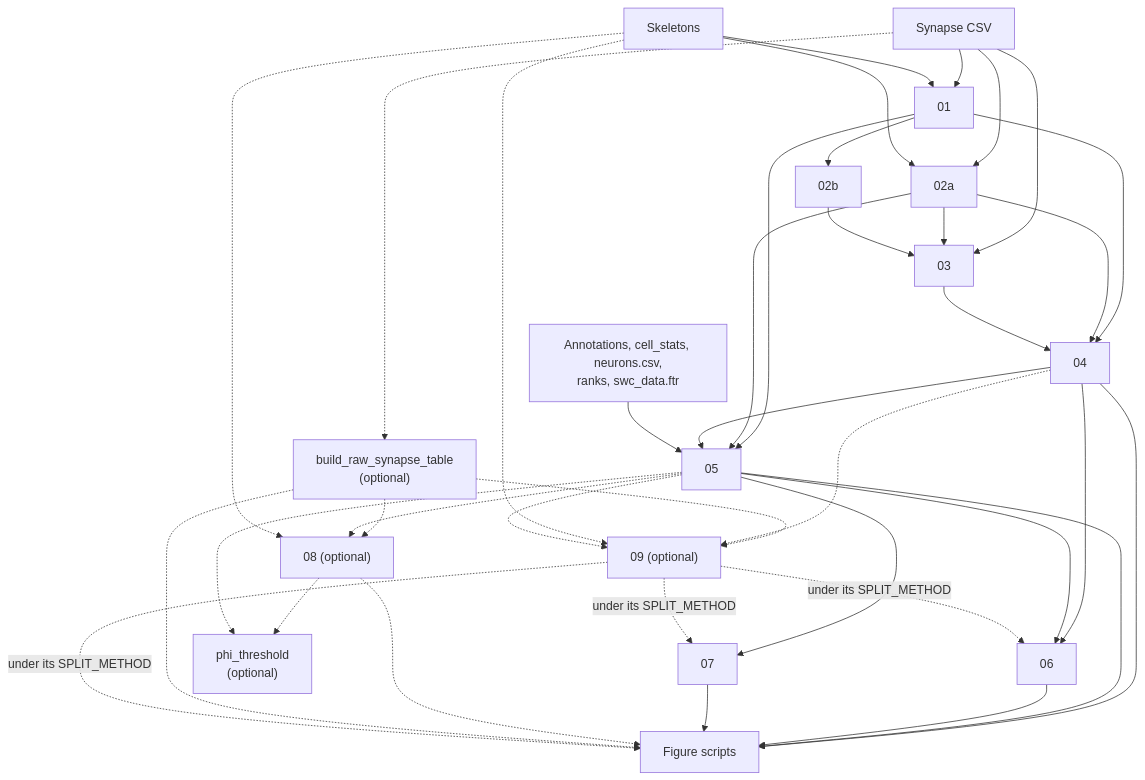
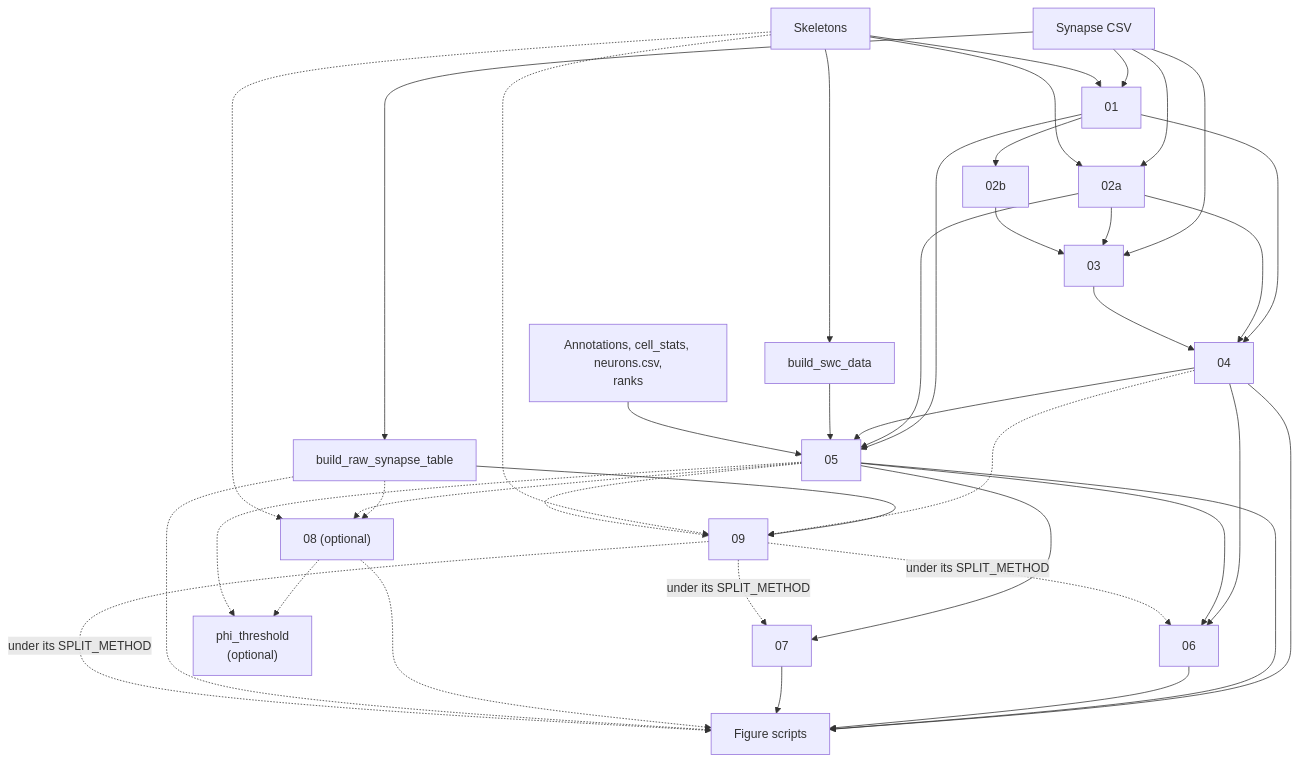
The diagram in README.md (deutschlab/mixed-polarity-paper), drawn with Mermaid before and after one commit. The commit also changed other lines of this file and 27 other files, not shown here.

Commit message:
Build swc_data.ftr in its own step, delete dead code blocks, and correct and simplify the README and docs

````diff
--- a/README.md
+++ b/README.md
@@ -92,40 +92,42 @@
 ```mermaid
 flowchart TD
     CSV["Synapse CSV"] --> S01["01"]
     SWC["Skeletons"] --> S01
     CSV --> S02A["02a"]
     SWC --> S02A
     S01 --> S02B["02b"]
     CSV --> S03["03"]
     S02A --> S03
     S02B --> S03
     S01 --> S04["04"]
     S02A --> S04
     S03 --> S04
     S01 --> S05["05"]
     S02A --> S05
     S04 --> S05
-    ANN["Annotations, cell_stats, neurons.csv,<br/>ranks, swc_data.ftr"] --> S05
+    SWC --> SWCD["build_swc_data"]
+    SWCD --> S05
+    ANN["Annotations, cell_stats, neurons.csv,<br/>ranks"] --> S05
     S04 --> S06["06"]
     S05 --> S06
     S05 --> S07["07"]
     S04 --> FIGS["Figure scripts"]
     S05 --> FIGS
     S06 --> FIGS
     S07 --> FIGS
-    CSV -.-> BR["build_raw_synapse_table<br/>(optional)"]
+    CSV --> BR["build_raw_synapse_table"]
     BR -.-> S08["08 (optional)"]
     S05 -.-> S08
     SWC -.-> S08
     S08 -.-> FIGS
     BR -.-> FIGS
     S08 -.-> PHI["phi_threshold<br/>(optional)"]
     S05 -.-> PHI
-    BR -.-> S09["09 (optional)"]
+    BR --> S09["09"]
     S04 -.-> S09
     SWC -.-> S09
     S05 -.-> S09
     S09 -.->|"under its SPLIT_METHOD"| S06
     S09 -.->|"under its SPLIT_METHOD"| S07
     S09 -.->|"under its SPLIT_METHOD"| FIGS
 ```
````
